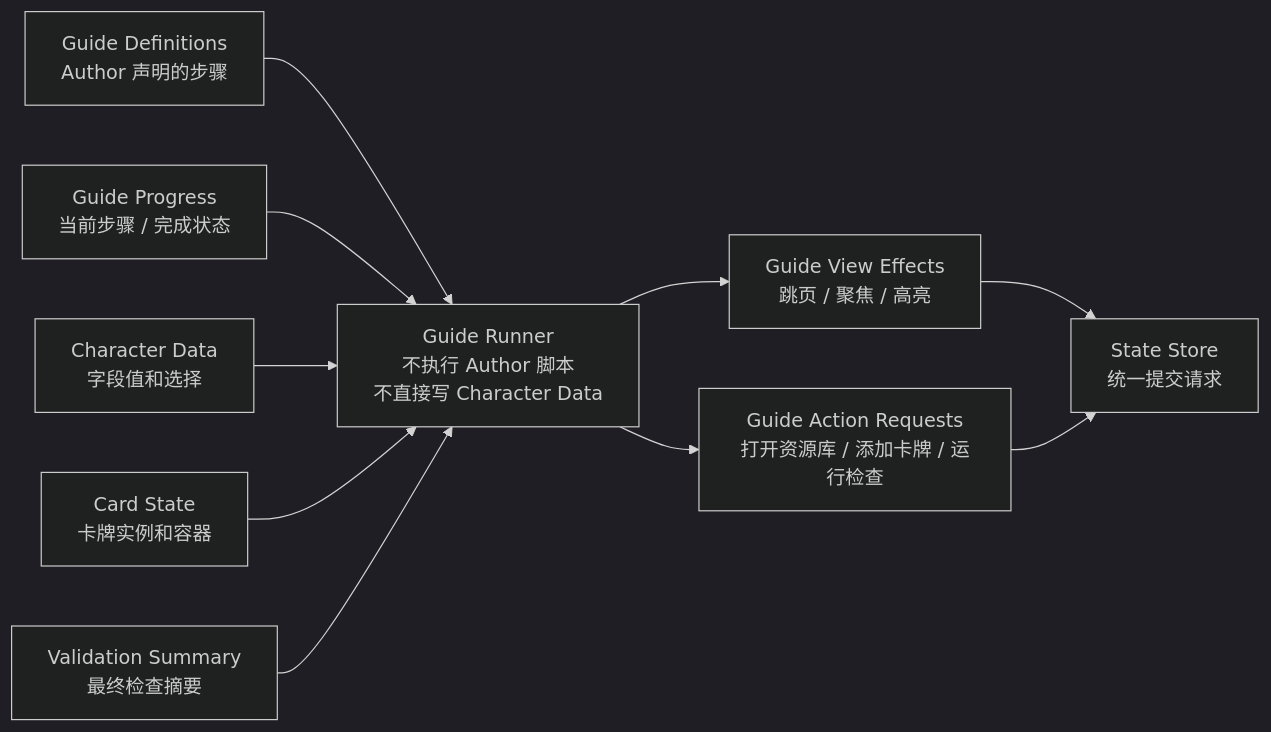
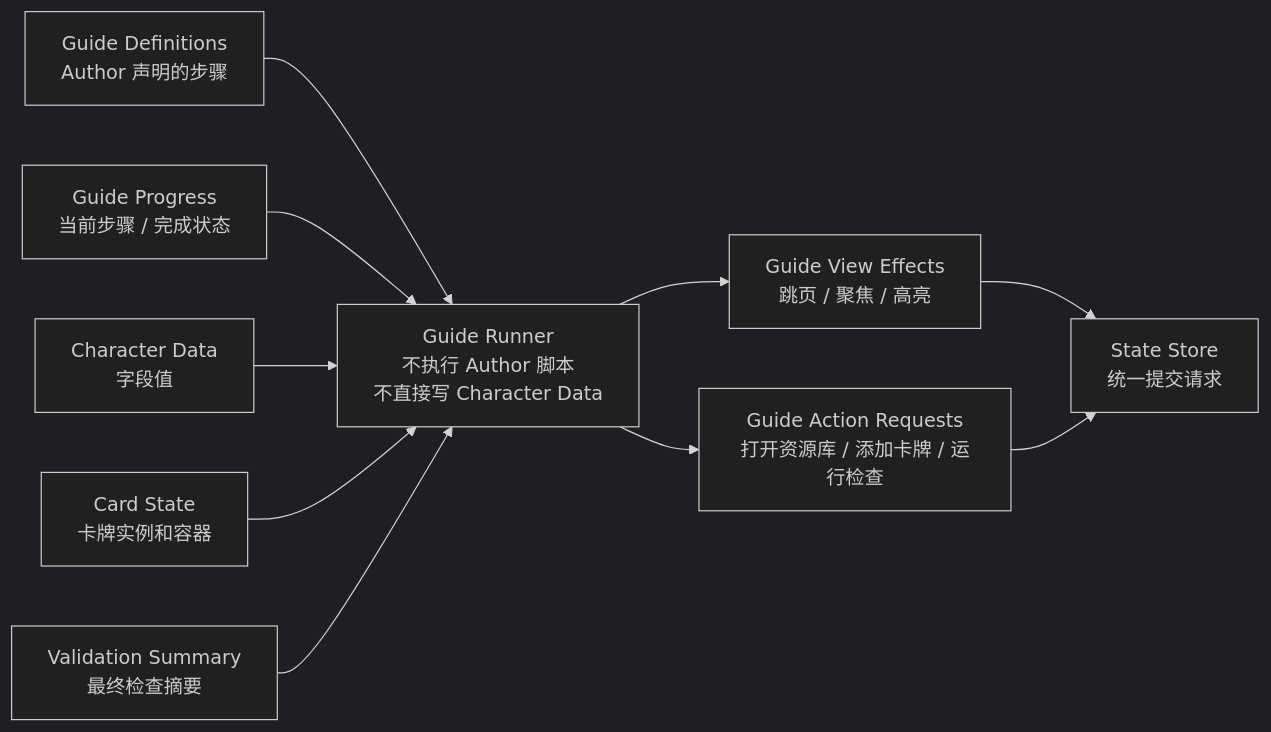
The fifth of 6 diagrams in docs/c4.md (ZZZZzzzzac/PbDH_Sheet), drawn with Mermaid (dark theme) before and after one commit. The commit also changed other lines of this file and 41 other files, not shown here.

````diff
--- a/docs/c4.md
+++ b/docs/c4.md
@@ -164,22 +164,22 @@
 ```mermaid
 flowchart LR
   guide["Guide Definitions<br/>Author 声明的步骤"]
   progress["Guide Progress<br/>当前步骤 / 完成状态"]
-  character["Character Data<br/>字段值和选择"]
+  character["Character Data<br/>字段值"]
   cards["Card State<br/>卡牌实例和容器"]
   validation["Validation Summary<br/>最终检查摘要"]
   runner["Guide Runner<br/>不执行 Author 脚本<br/>不直接写 Character Data"]
   effects["Guide View Effects<br/>跳页 / 聚焦 / 高亮"]
   requests["Guide Action Requests<br/>打开资源库 / 添加卡牌 / 运行检查"]
   store["State Store<br/>统一提交请求"]
 
   guide --> runner
   progress --> runner
   character --> runner
   cards --> runner
   validation --> runner
   runner --> effects
   runner --> requests
   effects --> store
   requests --> store
 ```
````
